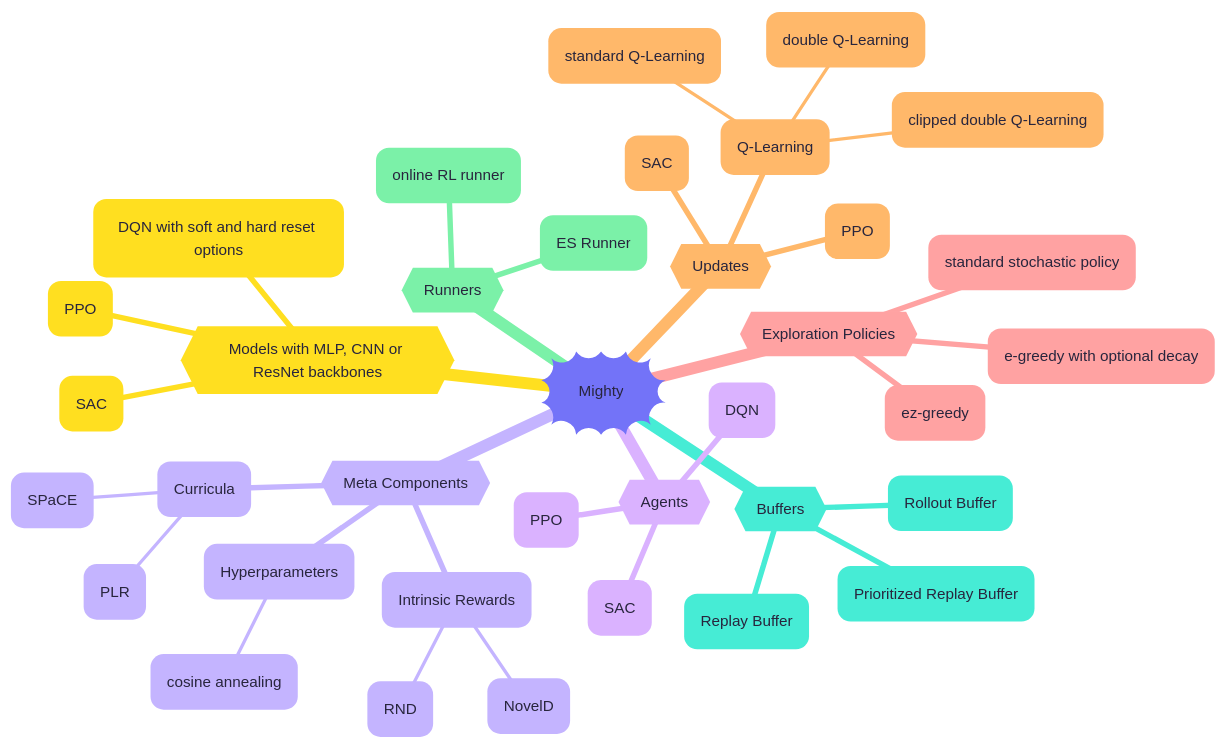
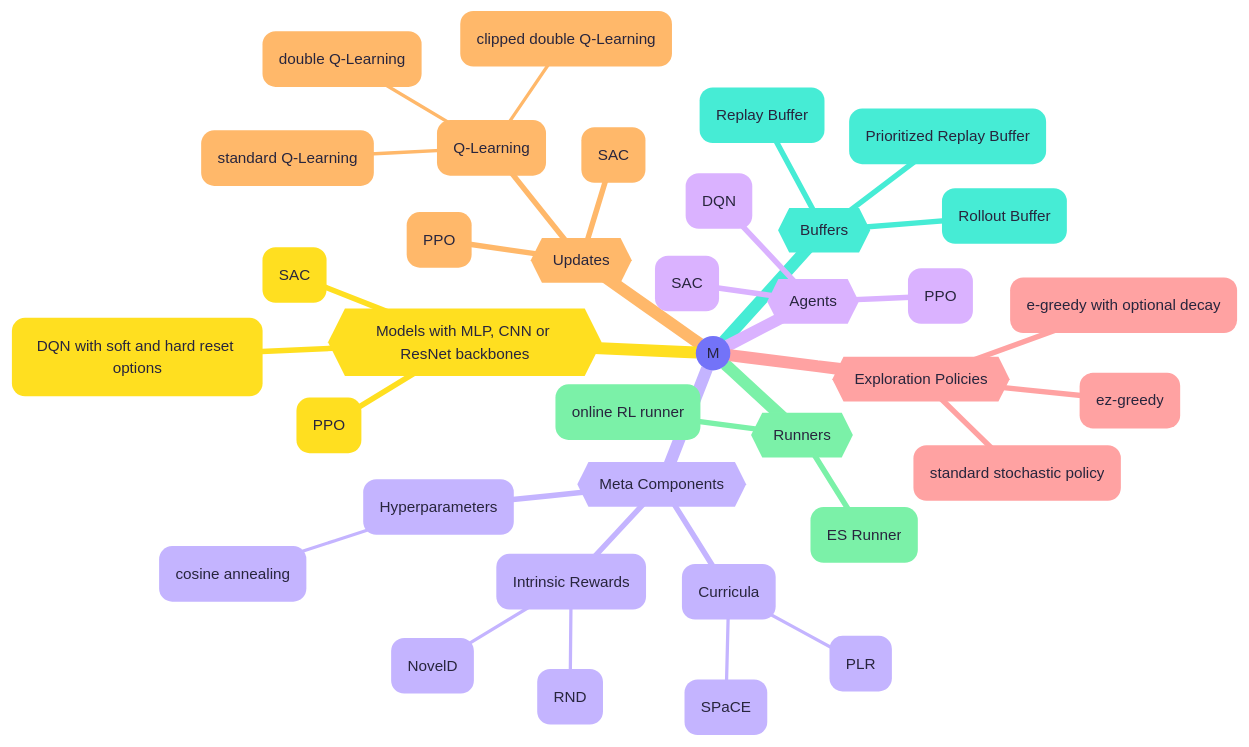
The diagram in docs/index.md (nobodyPerfecZ/Mighty), drawn with Mermaid before and after one commit. The commit also changed other lines of this file and 1 other file, not shown here.

````diff
--- a/docs/index.md
+++ b/docs/index.md
@@ -22,43 +22,43 @@
 ``` mermaid
 ---
 config:
   theme: redux-color
 ---
 mindmap
-))Mighty((
+((M))
   {{Buffers}}
     Rollout Buffer
     Replay Buffer
     Prioritized Replay Buffer
   {{Updates}}
     Q-Learning
       standard Q-Learning
       double Q-Learning
       clipped double Q-Learning
     PPO
     SAC
   {{Agents}}
     DQN
     PPO
     SAC
   {{Runners}}
     ES Runner
     online RL runner
   {{Meta Components}}
     Intrinsic Rewards
       NovelD
       RND
     Curricula
       SPaCE
       PLR
     Hyperparameters
       cosine annealing
   {{Exploration Policies}}
     e-greedy with optional decay
     ez-greedy
     standard stochastic policy
   {{Models with MLP, CNN or ResNet backbones}}
     DQN with soft and hard reset options
     SAC
     PPO
 ```
````
